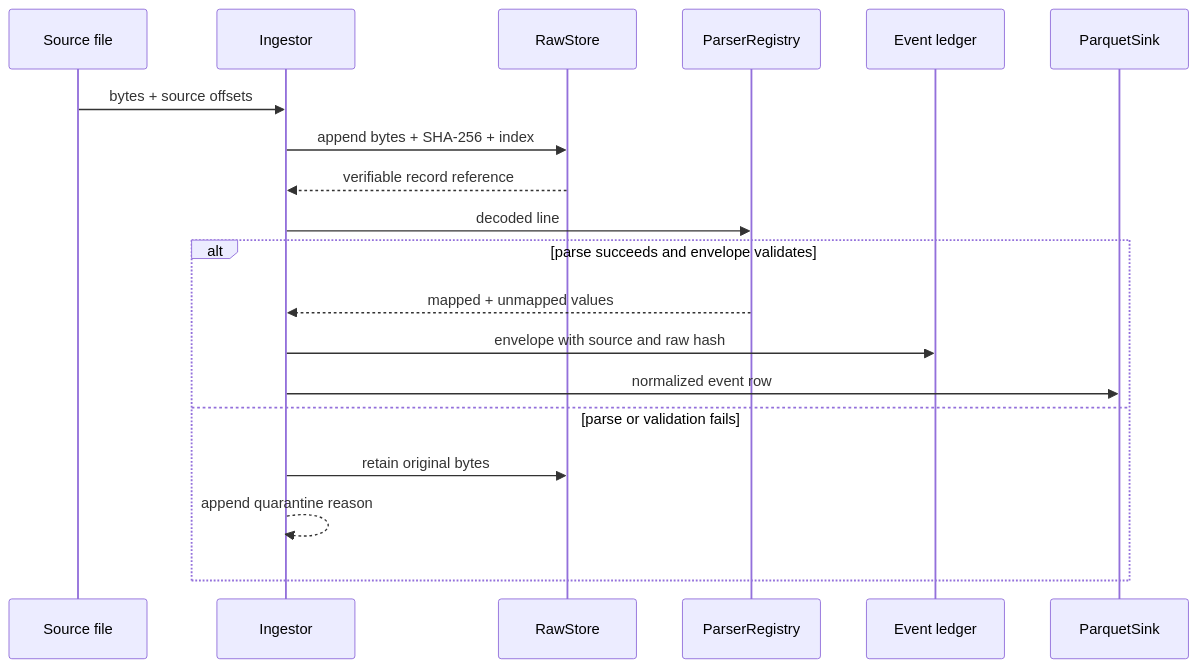
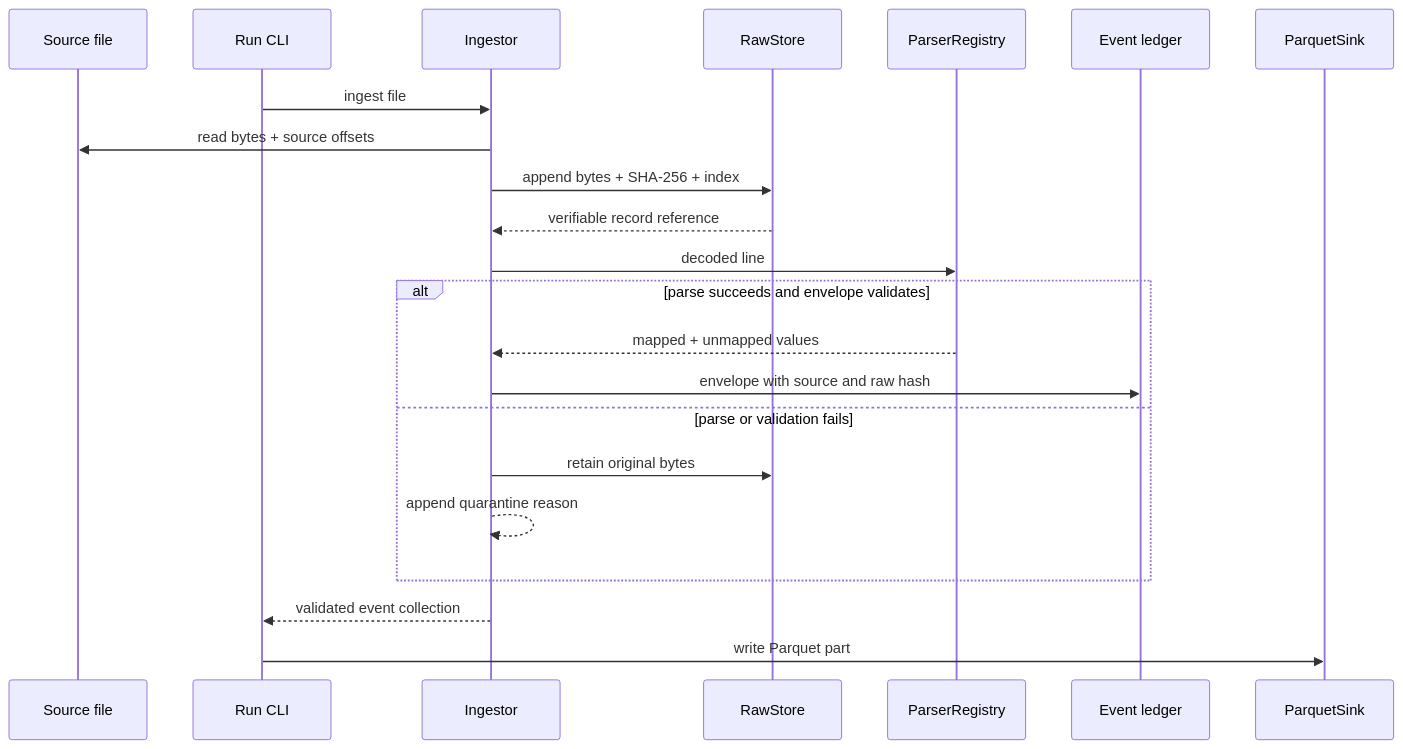
Before and after one commit to Himanshu69h/rosettalog: the second of 3 diagrams in docs/architecture.md, drawn with Mermaid. The commit also changed other lines of this file and 25 other files, not shown here.

````diff
--- a/docs/architecture.md
+++ b/docs/architecture.md
@@ -44,21 +45,24 @@
 ```mermaid
 sequenceDiagram
     participant File as Source file
+    participant CLI as Run CLI
     participant I as Ingestor
     participant RS as RawStore
     participant PR as ParserRegistry
     participant EL as Event ledger
     participant PQ as ParquetSink
-    File->>I: bytes + source offsets
+    CLI->>I: ingest file
+    I->>File: read bytes + source offsets
     I->>RS: append bytes + SHA-256 + index
     RS-->>I: verifiable record reference
     I->>PR: decoded line
     alt parse succeeds and envelope validates
         PR-->>I: mapped + unmapped values
         I->>EL: envelope with source and raw hash
-        I->>PQ: normalized event row
     else parse or validation fails
         I->>RS: retain original bytes
         I-->>I: append quarantine reason
     end
+    I-->>CLI: validated event collection
+    CLI->>PQ: write Parquet part
 ```
````
